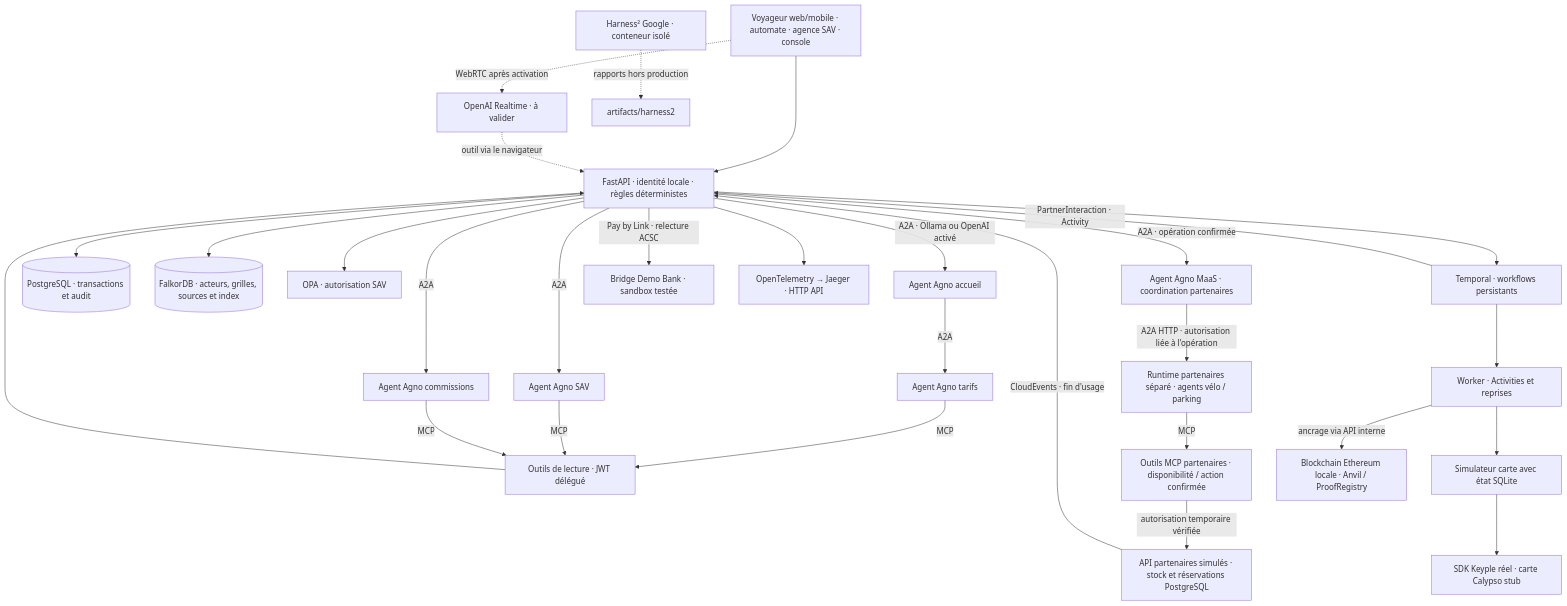
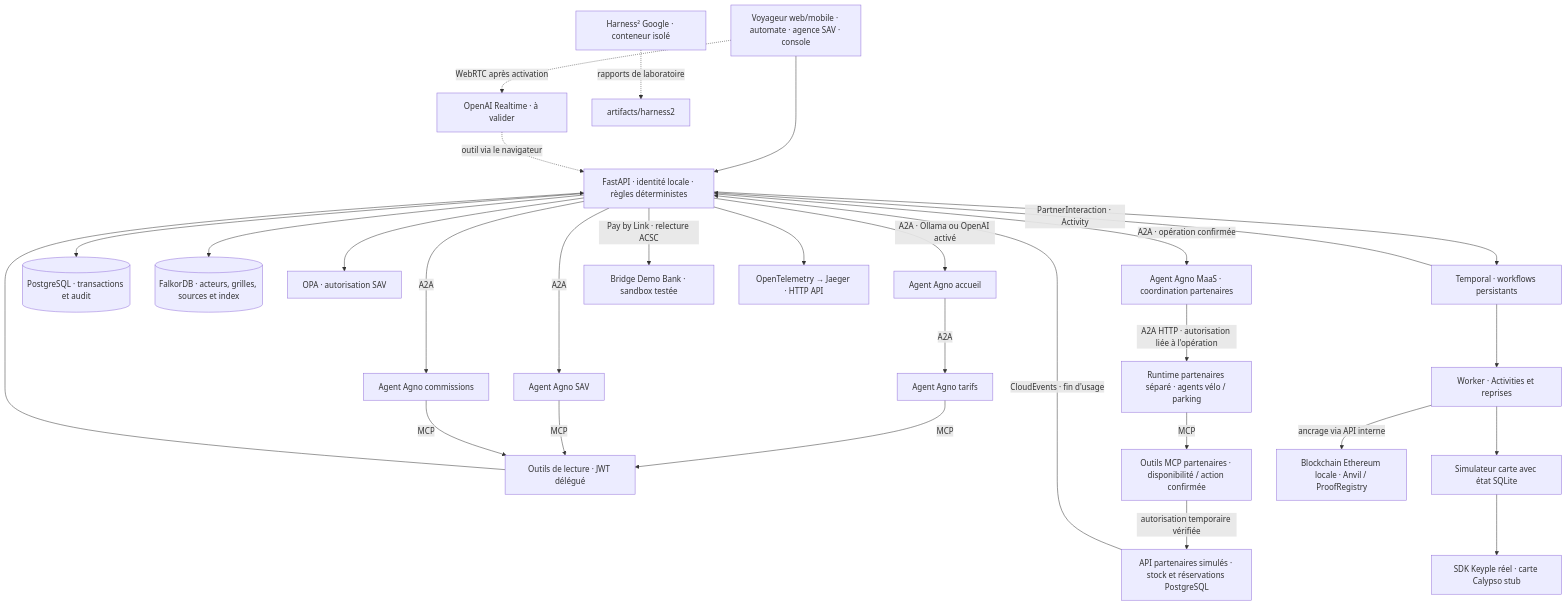
One commit to MaillardBenjamin/agentic-maas-lab changed the diagram in README.md. Above: the diagram before and after it, drawn with Mermaid. The commit also changed other lines of this file and 8 other files, not shown here.

````diff
--- a/README.md
+++ b/README.md
@@ -75,31 +77,31 @@
 ```mermaid
 flowchart TB
     UI["Voyageur web/mobile · automate · agence SAV · console"] --> API["FastAPI · identité locale · règles déterministes"]
     UI -. "WebRTC après activation" .-> VOICE["OpenAI Realtime · à valider"]
     VOICE -. "outil via le navigateur" .-> API
     API -->|"A2A · Ollama ou OpenAI activé"| ACC["Agent Agno accueil"]
     ACC -->|A2A| TAR["Agent Agno tarifs"]
     API -->|A2A| SAV["Agent Agno SAV"]
     API -->|A2A| CLEAR["Agent Agno commissions"]
     TAR -->|MCP| MCP["Outils de lecture · JWT délégué"]
     SAV -->|MCP| MCP
     CLEAR -->|MCP| MCP
     MCP --> API
     API --> PG[("PostgreSQL · transactions et audit")]
     API --> GRAPH[("FalkorDB · acteurs, grilles, sources et index")]
     API --> OPA["OPA · autorisation SAV"]
     API --> TEMP["Temporal · workflows persistants"]
     TEMP -->|"PartnerInteraction · Activity"| API
     API -->|"A2A · opération confirmée"| MOB["Agent Agno MaaS · coordination partenaires"]
     MOB -->|"A2A HTTP · autorisation liée à l'opération"| PART["Runtime partenaires séparé · agents vélo / parking"]
     PART -->|MCP| PMCP["Outils MCP partenaires · disponibilité / action confirmée"]
     PMCP -->|"autorisation temporaire vérifiée"| PAPI["API partenaires simulés · stock et réservations PostgreSQL"]
     PAPI -->|"CloudEvents · fin d'usage"| API
     TEMP --> WORKER["Worker · Activities et reprises"]
     WORKER --> SIM["Simulateur carte avec état SQLite"]
     SIM --> KEY["SDK Keyple réel · carte Calypso stub"]
     API -->|"Pay by Link · relecture ACSC"| BANK["Bridge Demo Bank · sandbox testée"]
     WORKER -->|"ancrage via API interne"| CHAIN["Blockchain Ethereum locale · Anvil / ProofRegistry"]
     API --> OTEL["OpenTelemetry → Jaeger · HTTP API"]
-    LAB["Harness² Google · conteneur isolé"] -. "rapports hors production" .-> ART["artifacts/harness2"]
+    LAB["Harness² Google · conteneur isolé"] -. "rapports de laboratoire" .-> ART["artifacts/harness2"]
 ```
````
